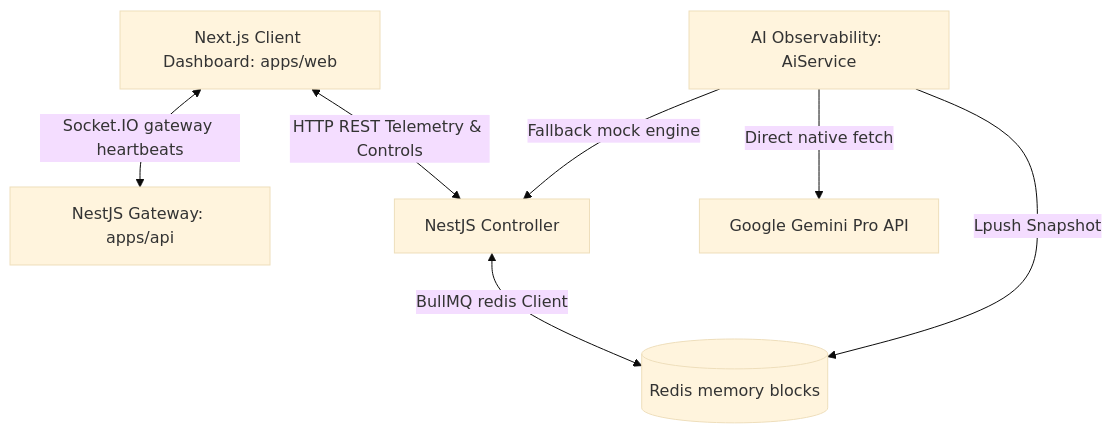
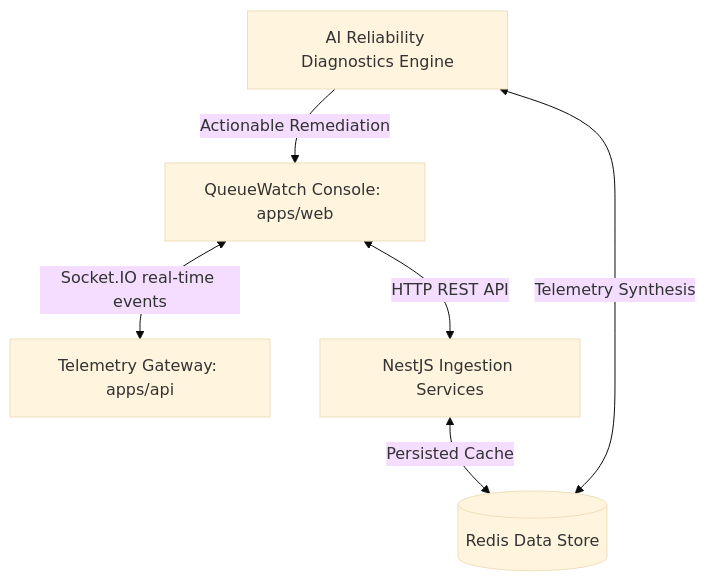
One commit to o1-spec/queuewatch changed the diagram in README.md. Above: the diagram before and after it, drawn with Mermaid (base theme). The commit also changed other lines of this file, not shown here.

````diff
--- a/README.md
+++ b/README.md
@@ -18,9 +63,8 @@
 ```mermaid
 graph TD
-    Client[Next.js Client Dashboard: apps/web] <-->|Socket.IO gateway heartbeats| Gateway[NestJS Gateway: apps/api]
-    Client <-->|HTTP REST Telemetry & Controls| API[NestJS Controller]
-    API <-->|BullMQ redis Client| Redis[(Redis memory blocks)]
-    AI[AI Observability: AiService] -->|Direct native fetch| Gemini[Google Gemini Pro API]
-    AI -->|Fallback mock engine| API
-    AI -->|Lpush Snapshot| Redis
+    Client[QueueWatch Console: apps/web] <-->|Socket.IO real-time events| Gateway[Telemetry Gateway: apps/api]
+    Client <-->|HTTP REST API| Ingestion[NestJS Ingestion Services]
+    Ingestion <-->|Persisted Cache| Redis[(Redis Data Store)]
+    AI[AI Reliability Diagnostics Engine] <-->|Telemetry Synthesis| Redis
+    AI -->|Actionable Remediation| Client
 ```
````
